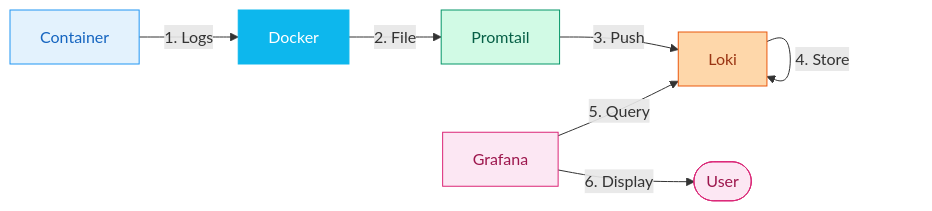
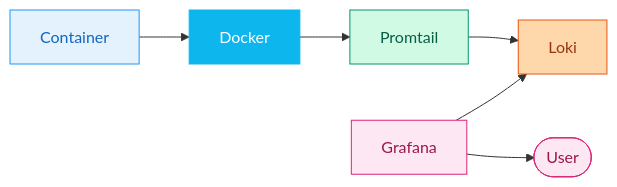
Before and after one commit to Mykyta-Home-Server/homeserver: the second of 3 diagrams in docs-site/src/content/docs/guides/monitoring.mdx, drawn with Mermaid. The commit also changed other lines of this file and 2 other files, not shown here.

First line of the commit message:
Fix diagram labels: remove cutoff text, use short clear labels

````diff
--- a/docs-site/src/content/docs/guides/monitoring.mdx
+++ b/docs-site/src/content/docs/guides/monitoring.mdx
@@ -72,28 +72,27 @@
 ```mermaid
 flowchart LR
     Container[Container]
     Docker[Docker]
     Promtail[Promtail]
     Loki[Loki]
     Grafana[Grafana]
     User([User])
 
-    Container -->|1. Logs| Docker
-    Docker -->|2. File| Promtail
-    Promtail -->|3. Push| Loki
-    Loki -->|4. Store| Loki
-    Grafana -->|5. Query| Loki
-    Grafana -->|6. Display| User
+    Container --> Docker
+    Docker --> Promtail
+    Promtail --> Loki
+    Grafana --> Loki
+    Grafana --> User
 
     classDef container fill:#e3f2fd,stroke:#2196f3,color:#1565c0
     classDef docker fill:#0db7ed,stroke:#0db7ed,color:#fff
     classDef promtail fill:#d1fae5,stroke:#059669,color:#065f46
     classDef loki fill:#fed7aa,stroke:#ea580c,color:#9a3412
     classDef grafana fill:#fce7f3,stroke:#db2777,color:#9d174d
 
     class Container container
     class Docker docker
     class Promtail promtail
     class Loki loki
     class Grafana,User grafana
 ```
````
